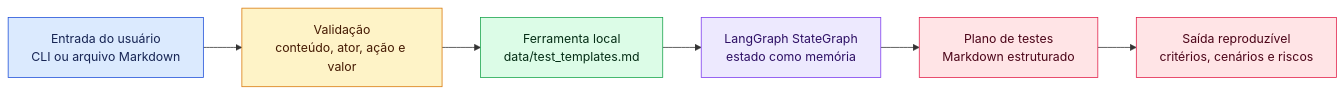
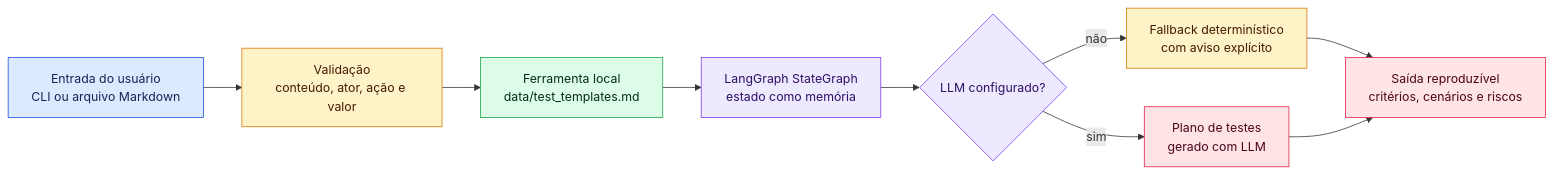
Before and after one commit to geocarlos/test-plan-agent: the first of 2 diagrams in README.md, drawn with Mermaid. The commit also changed other lines of this file and 10 other files, not shown here.

Commit message:
feat: add llm generation with deterministic fallback

````diff
--- a/README.md
+++ b/README.md
@@ -42,20 +42,24 @@
 ```mermaid
 flowchart LR
     user_input[Entrada do usuário<br/>CLI ou arquivo Markdown] --> validate[Validação<br/>conteúdo, ator, ação e valor]
     validate --> context[Ferramenta local<br/>data/test_templates.md]
     context --> graph_state[LangGraph StateGraph<br/>estado como memória]
-    graph_state --> plan[Plano de testes<br/>Markdown estruturado]
+    graph_state --> llm{LLM configurado?}
+    llm -->|sim| plan[Plano de testes<br/>gerado com LLM]
+    llm -->|não| fallback[Fallback determinístico<br/>com aviso explícito]
+    fallback --> output[Saída reproduzível<br/>critérios, cenários e riscos]
     plan --> output[Saída reproduzível<br/>critérios, cenários e riscos]
 
     classDef inputClass fill:#dbeafe,stroke:#1d4ed8,color:#172554
     classDef validationClass fill:#fef3c7,stroke:#d97706,color:#451a03
     classDef toolClass fill:#dcfce7,stroke:#16a34a,color:#052e16
     classDef graphClass fill:#ede9fe,stroke:#7c3aed,color:#2e1065
     classDef outputClass fill:#ffe4e6,stroke:#e11d48,color:#4c0519
 
     class user_input inputClass
     class validate validationClass
     class context toolClass
-    class graph_state graphClass
+    class graph_state,llm graphClass
     class plan,output outputClass
+    class fallback validationClass
 ```
````
